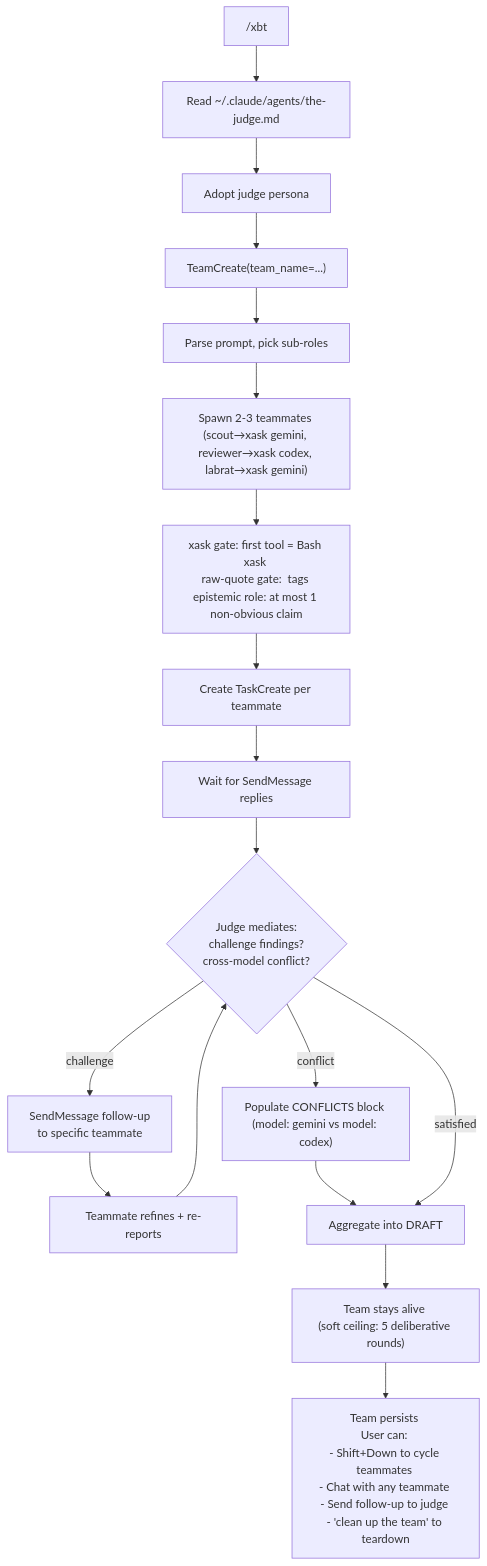
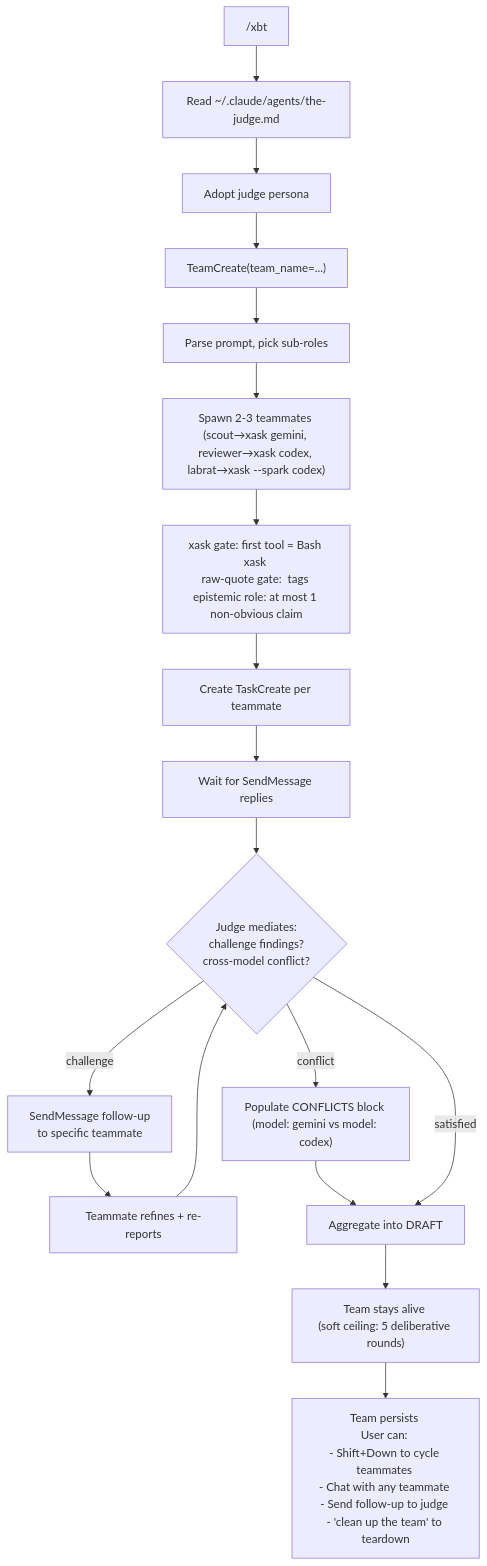
The eighth of 11 diagrams in docs/command-flows.md (VeigaPunk/xbrd-gdsp-fknpft), drawn with Mermaid before and after one commit. The commit also changed other lines of this file and 2 other files, not shown here.

````diff
--- a/docs/command-flows.md
+++ b/docs/command-flows.md
@@ -202,21 +202,21 @@
 ```mermaid
 flowchart TD
     A["/xbt <prompt>"] --> B["Read ~/.claude/agents/the-judge.md"]
     B --> C[Adopt judge persona]
     C --> D["TeamCreate(team_name=...)"]
     D --> F[Parse prompt, pick sub-roles]
-    F --> G["Spawn 2-3 teammates \n(scout→xask gemini, reviewer→xask codex, labrat→xask gemini)"]
+    F --> G["Spawn 2-3 teammates \n(scout→xask gemini, reviewer→xask codex, labrat→xask --spark codex)"]
     G --> Gx["xask gate: first tool = Bash xask \nraw-quote gate: <raw_output> tags \nepistemic role: at most 1 non-obvious claim"]
     Gx --> H[Create TaskCreate per teammate]
     H --> I[Wait for SendMessage replies]
     I --> J{"Judge mediates: \nchallenge findings? \ncross-model conflict?"}
     J -->|"challenge"| Jc["SendMessage follow-up \nto specific teammate"]
     Jc --> Jd[Teammate refines + re-reports]
     Jd --> J
     J -->|"conflict"| Jf["Populate CONFLICTS block \n(model: gemini vs model: codex)"]
     Jf --> K
     J -->|"satisfied"| K[Aggregate into DRAFT]
     K --> L["Team stays alive \n(soft ceiling: 5 deliberative rounds)"]
 
     L --> U["Team persists \nUser can: \n- Shift+Down to cycle teammates \n- Chat with any teammate \n- Send follow-up to judge \n- 'clean up the team' to teardown"]
 ```
````
